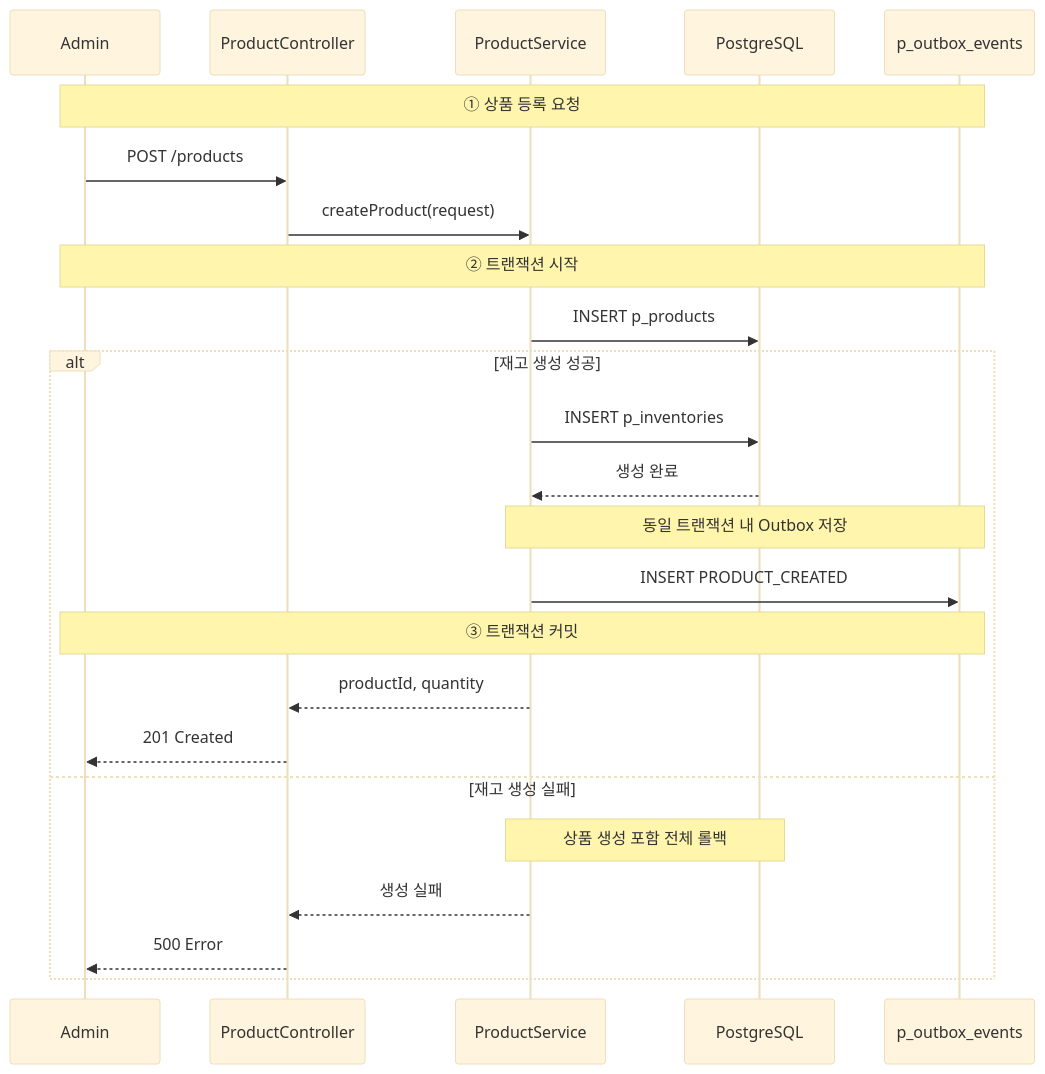
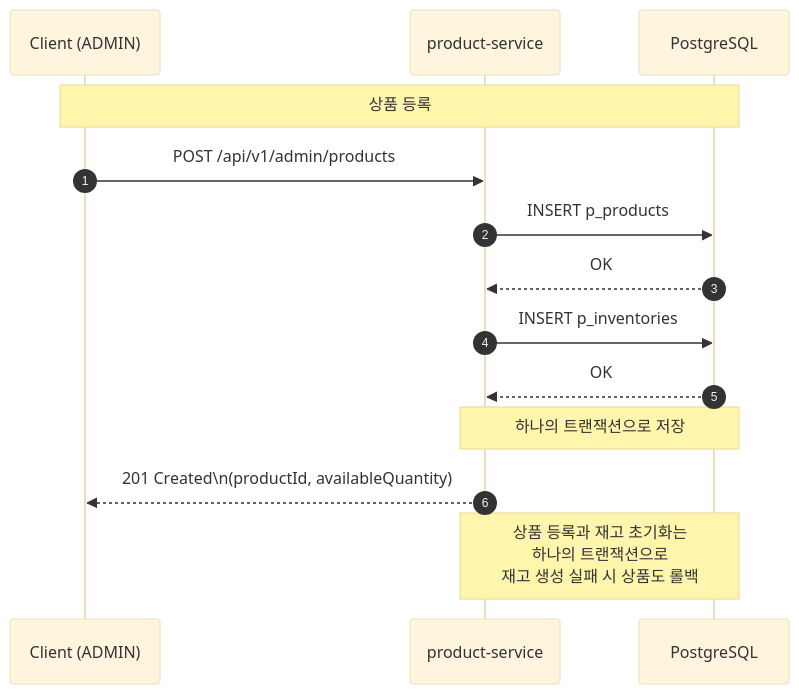
Before and after one commit to OMC-2/OMC: the sixth of 32 diagrams in docs/08.sequence.md, drawn with Mermaid (base theme). The commit also changed other lines of this file and 8 other files, not shown here.

````diff
--- a/docs/08.sequence.md
+++ b/docs/08.sequence.md
@@ -116,29 +117,24 @@
 ```mermaid
 sequenceDiagram
-    participant Admin
-    participant ProductController
-    participant ProductService
-    participant PostgreSQL
-    participant Outbox as p_outbox_events
+    autonumber
 
-    Note over Admin,Outbox: ① 상품 등록 요청
-    Admin->>ProductController: POST /products
-    ProductController->>ProductService: createProduct(request)
+    participant Admin as Client (ADMIN)
+    participant Product as product-service
+    participant DB as PostgreSQL
+    
+    Note over Admin,DB: 상품 등록
 
-    Note over Admin,Outbox: ② 트랜잭션 시작
-    ProductService->>PostgreSQL: INSERT p_products
+    Admin->>Product: POST /api/v1/admin/products
 
-    alt 재고 생성 성공
-        ProductService->>PostgreSQL: INSERT p_inventories
-        PostgreSQL-->>ProductService: 생성 완료
-        Note over ProductService,Outbox: 동일 트랜잭션 내 Outbox 저장
-        ProductService->>Outbox: INSERT PRODUCT_CREATED
-        Note over Admin,Outbox: ③ 트랜잭션 커밋
-        ProductService-->>ProductController: productId, quantity
-        ProductController-->>Admin: 201 Created
-    else 재고 생성 실패
-        Note over ProductService,PostgreSQL: 상품 생성 포함 전체 롤백
-        ProductService-->>ProductController: 생성 실패
-        ProductController-->>Admin: 500 Error
-    end
+    Product->>DB: INSERT p_products
+    DB-->>Product: OK
+
+    Product->>DB: INSERT p_inventories
+    DB-->>Product: OK
+    
+    Note over Product,DB: 하나의 트랜잭션으로 저장
+
+    Product-->>Admin: 201 Created\n(productId, availableQuantity)
+    
+    Note over Product,DB: 상품 등록과 재고 초기화는<br/>하나의 트랜잭션으로<br/>재고 생성 실패 시 상품도 롤백
 ```
````
